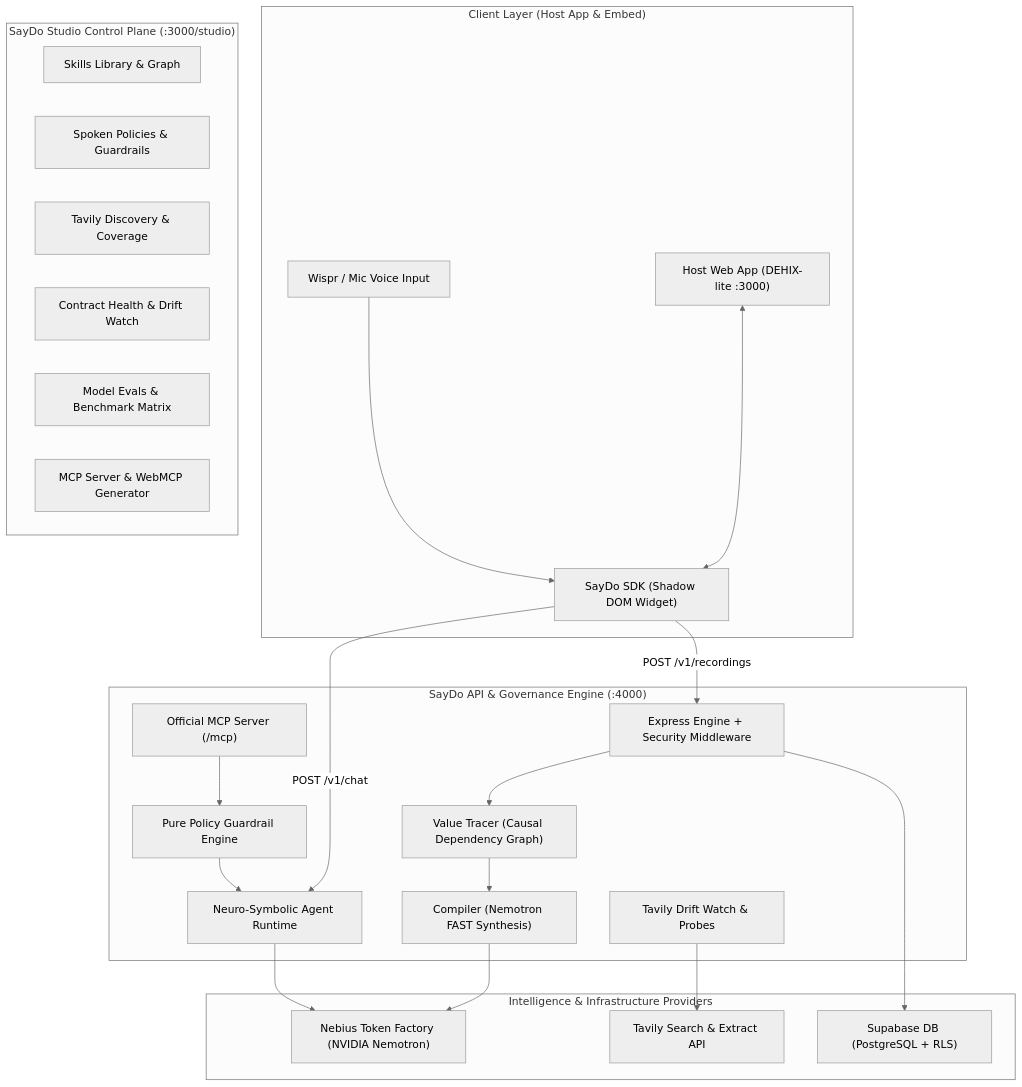
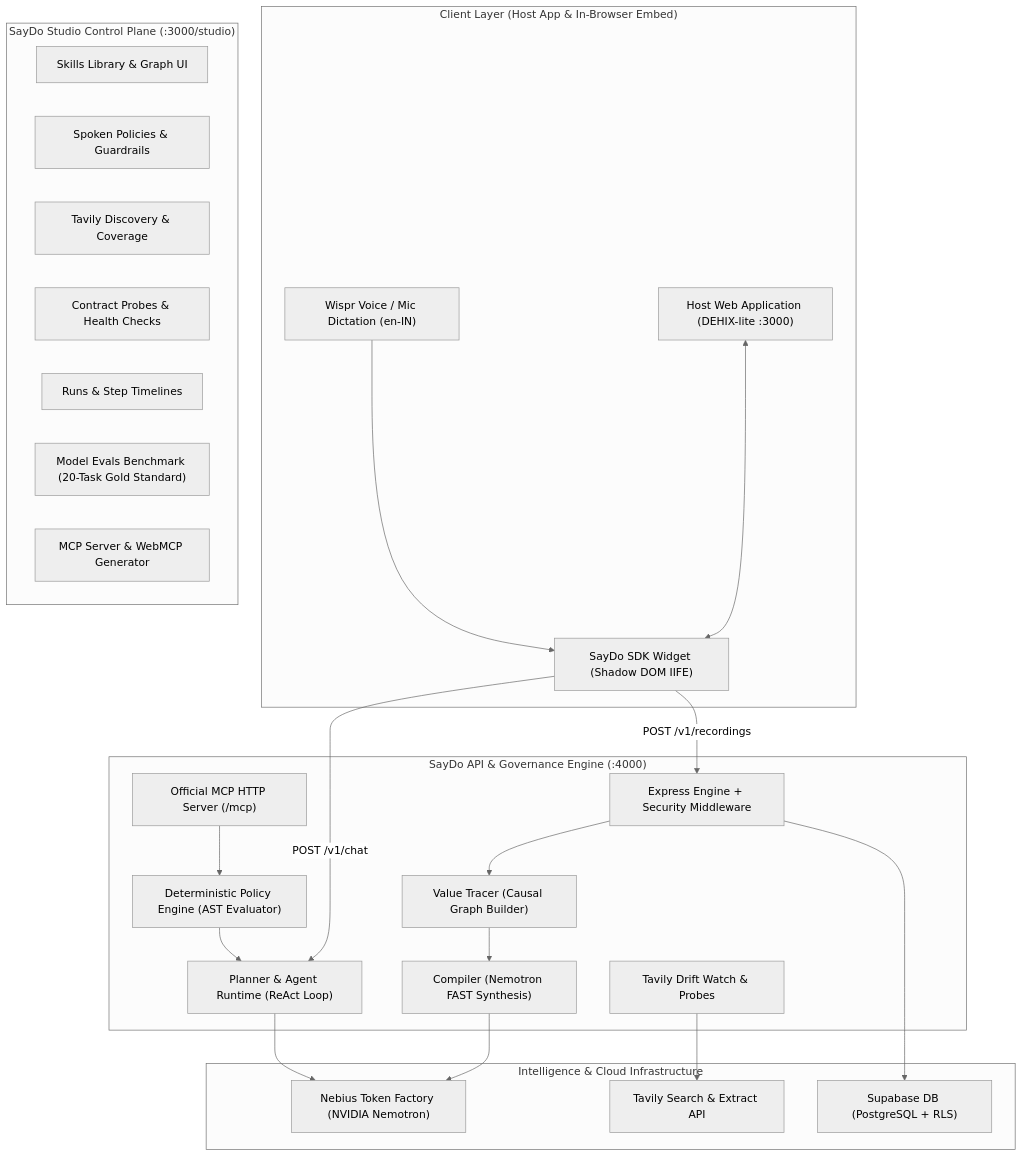
One commit to arpit2222/saydo changed the first of 2 diagrams in README.md. Above: the diagram before and after it, drawn with Mermaid (neutral theme). The commit also changed other lines of this file and 2 other files, not shown here.

````diff
--- a/README.md
+++ b/README.md
@@ -54,45 +49,46 @@
 ```mermaid
 flowchart TD
-    subgraph Client ["Client Layer (Host App & Embed)"]
-        HostApp["Host Web App (DEHIX-lite :3000)"]
-        SDK["SayDo SDK (Shadow DOM Widget)"]
-        Wispr["Wispr / Mic Voice Input"]
+    subgraph Client ["Client Layer (Host App & In-Browser Embed)"]
+        HostApp["Host Web Application (DEHIX-lite :3000)"]
+        SDK["SayDo SDK Widget (Shadow DOM IIFE)"]
+        Wispr["Wispr Voice / Mic Dictation (en-IN)"]
         HostApp <--> SDK
         Wispr --> SDK
     end
 
     subgraph Studio ["SayDo Studio Control Plane (:3000/studio)"]
-        SkillsLib["Skills Library & Graph"]
+        SkillsLib["Skills Library & Graph UI"]
         PoliciesUI["Spoken Policies & Guardrails"]
         DiscoverUI["Tavily Discovery & Coverage"]
-        HealthUI["Contract Health & Drift Watch"]
-        EvalsUI["Model Evals & Benchmark Matrix"]
+        HealthUI["Contract Probes & Health Checks"]
+        RunsUI["Runs & Step Timelines"]
+        EvalsUI["Model Evals Benchmark (20-Task Gold Standard)"]
         IntegrationsUI["MCP Server & WebMCP Generator"]
     end
 
     subgraph Engine ["SayDo API & Governance Engine (:4000)"]
         API["Express Engine + Security Middleware"]
-        Tracer["Value Tracer (Causal Dependency Graph)"]
+        Tracer["Value Tracer (Causal Graph Builder)"]
         Compiler["Compiler (Nemotron FAST Synthesis)"]
-        PolicyEngine["Pure Policy Guardrail Engine"]
-        AgentRuntime["Neuro-Symbolic Agent Runtime"]
+        PolicyEngine["Deterministic Policy Engine (AST Evaluator)"]
+        AgentRuntime["Planner & Agent Runtime (ReAct Loop)"]
         DriftWatch["Tavily Drift Watch & Probes"]
-        MCPServer["Official MCP Server (/mcp)"]
+        MCPServer["Official MCP HTTP Server (/mcp)"]
     end
 
-    subgraph External ["Intelligence & Infrastructure Providers"]
+    subgraph External ["Intelligence & Cloud Infrastructure"]
         Nebius["Nebius Token Factory (NVIDIA Nemotron)"]
         Tavily["Tavily Search & Extract API"]
         Supabase["Supabase DB (PostgreSQL + RLS)"]
     end
 
     SDK -- "POST /v1/recordings" --> API
     SDK -- "POST /v1/chat" --> AgentRuntime
     API --> Tracer --> Compiler
     Compiler --> Nebius
     PolicyEngine --> AgentRuntime
     DriftWatch --> Tavily
     MCPServer --> PolicyEngine
     AgentRuntime --> Nebius
     API --> Supabase
 ```
````
